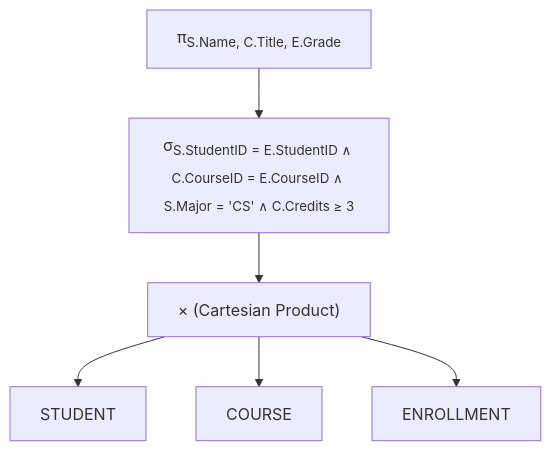
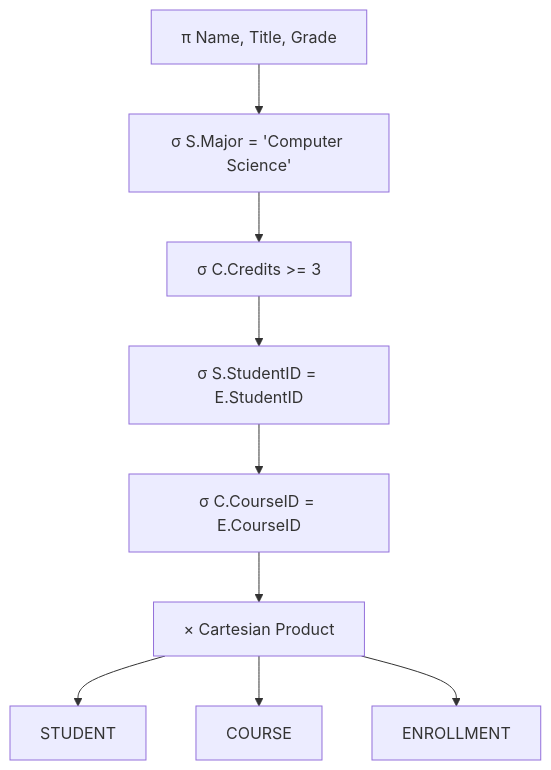
Before and after one commit to 202202070/ADB-Assigment-: the diagram in query-tree (1).mermaid, drawn with Mermaid.

Commit message:
Update query-tree (1).mermaid

```diff
--- a/query-tree (1).mermaid
+++ b/query-tree (1).mermaid
@@ -1,6 +1,9 @@
 graph TD
-    A["π<sub>S.Name, C.Title, E.Grade</sub>"] --> B
-    B["σ<sub>S.StudentID = E.StudentID ∧ C.CourseID = E.CourseID ∧ S.Major = 'CS' ∧ C.Credits ≥ 3</sub>"] --> C
-    C["× (Cartesian Product)"] --> D[STUDENT]
-    C --> E[COURSE]
-    C --> F[ENROLLMENT]
+    A[π Name, Title, Grade] --> B[σ S.Major = 'Computer Science']
+    B --> C[σ C.Credits >= 3]
+    C --> D[σ S.StudentID = E.StudentID]
+    D --> E[σ C.CourseID = E.CourseID]
+    E --> F[× Cartesian Product]
+    F --> G[STUDENT]
+    F --> H[COURSE]
+    F --> I[ENROLLMENT]
```
